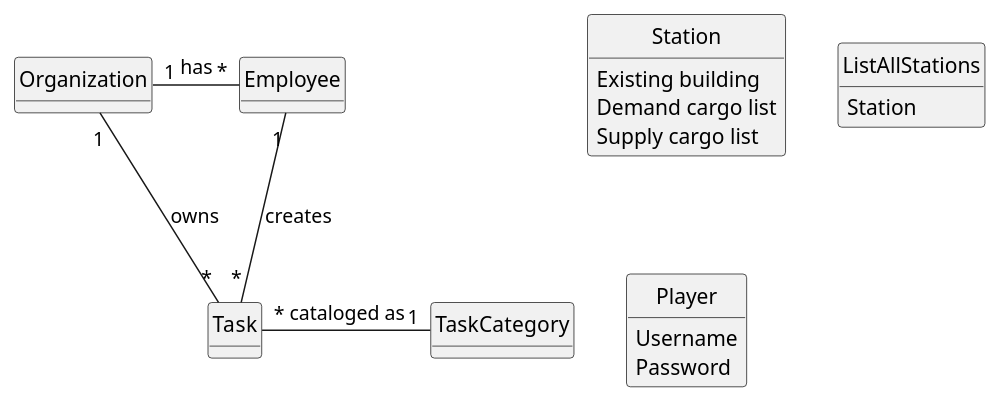
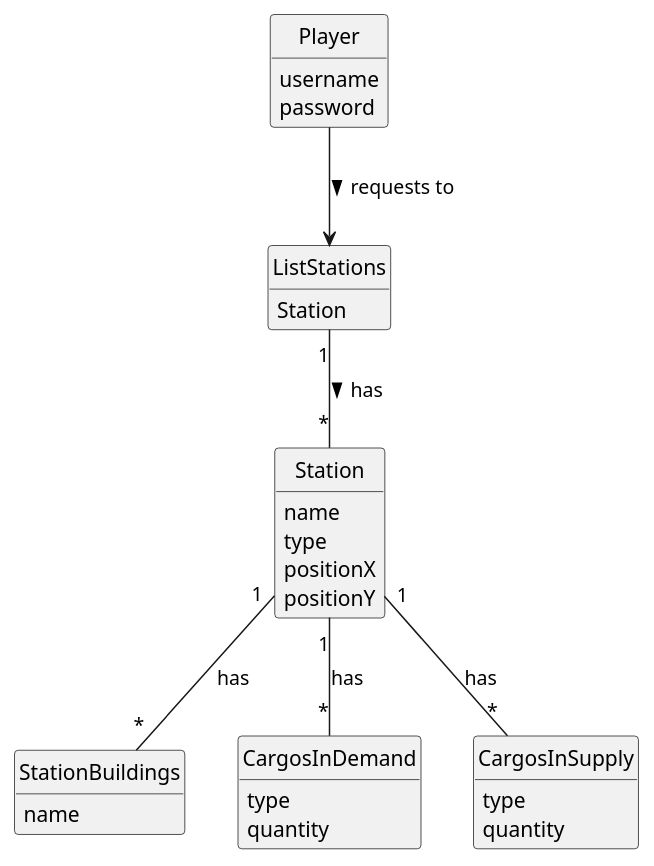
Before and after one commit to bruno-monteiro5/sem2-pi-24.25-g132-repo: the diagram in docs/system-documentation/US007/02.analysis/puml/US007-DM.puml, drawn with PlantUML. The commit also changed 1 other file, not shown here.

Commit message:
US007 analyses diagram

```diff
--- a/docs/system-documentation/US007/02.analysis/puml/US007-DM.puml
+++ b/docs/system-documentation/US007/02.analysis/puml/US007-DM.puml
@@ -1,40 +1,46 @@
 @startuml
 skinparam monochrome true
 skinparam packageStyle rectangle
 skinparam shadowing false
-
-'left to right direction
-
 skinparam classAttributeIconSize 0
 
 hide circle
 hide methods
 
-'title Domain Model
+class Player {
+    username
+    password
+    +listStations()
+}
 
 class Station {
-    Existing building
-    Demand cargo list
-    Supply cargo list
+    name
+    type
+    positionX
+    positionY
+}
+
+class StationBuildings {
+    name
 
 }
 
-class ListAllStations {
+class CargosInDemand {
+    type
+    quantity
+}
+class CargosInSupply {
+    type
+    quantity
+}
+
+class ListStations {
     Station
 }
 
-class Player {
-    Username
-    Password
-}
-
-
-
-Organization "1" - "*" Employee : has
-Organization "1" - "*" Task: owns
-
-Employee "1" -- "*" Task : creates
-
-Task "*" - "1" TaskCategory: cataloged as
-
+Player --> ListStations : requests to >
+ListStations "1" -- "*" Station : has >
+Station "1" -- "*" StationBuildings : has
+Station "1" -- "*" CargosInDemand : has
+Station "1" -- "*" CargosInSupply : has
 @enduml
```
